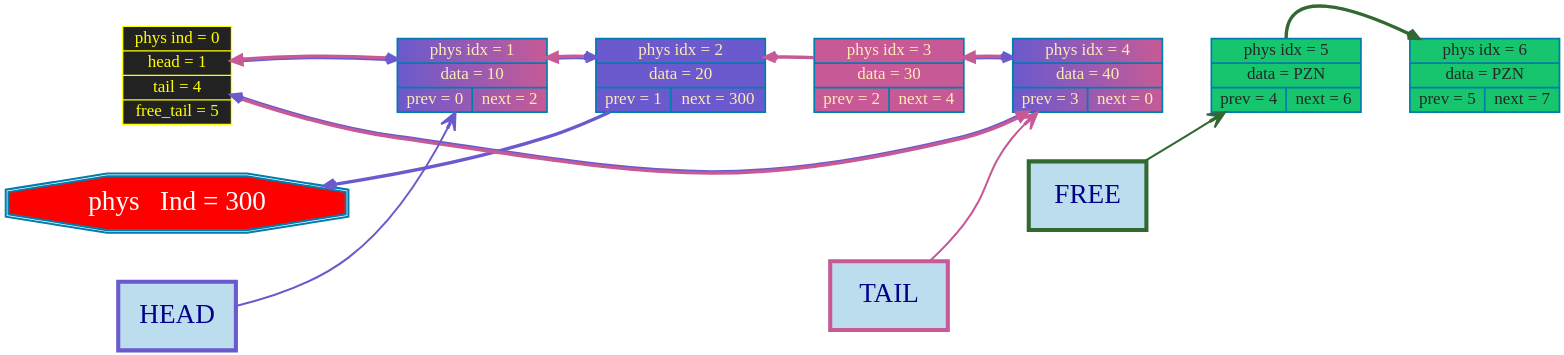
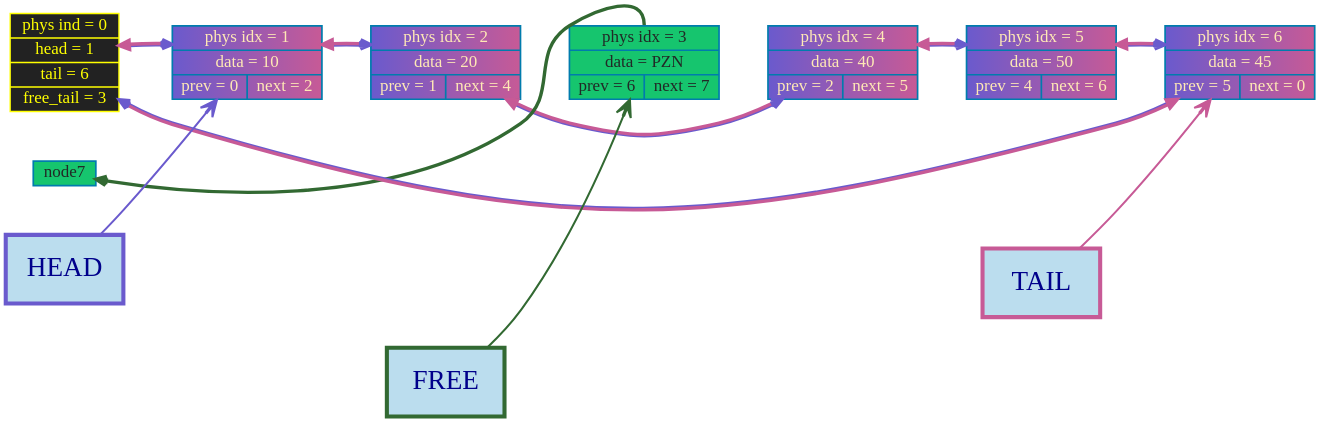
The diagram in graphDumps/graphDump.dot (timoko3/list), drawn with Graphviz before and after one commit. The commit also changed 11 other files, not shown here.

```diff
--- a/graphDumps/graphDump.dot
+++ b/graphDumps/graphDump.dot
@@ -1,44 +1,44 @@
 digraph G {
 rankdir=LR
 bgcolor="transparent"
 nodesep = 1;
 ranksep = 1
 	node [shape=record, style="filled", fillcolor="#FFA089", fontcolor="black", color="#007CAD", penwidth=2.5, fontname="Tahoma", fontsize=25];
 
 edge [color="#2d714f", arrowsize=1, penwidth=5, arrowhead="vee", style="bold"];
-node0 [label="phys ind = 0 | head = 1 | tail = 4 | free_tail = 5", shape=record, style="filled", fillcolor="#222222", fontcolor="yellow", color="yellow", penwidth=2];
+node0 [label="phys ind = 0 | head = 1 | tail = 6 | free_tail = 3", shape=record, style="filled", fillcolor="#222222", fontcolor="yellow", color="yellow", penwidth=2];
 	node1 [label="phys idx = 1 | data = 10 | {prev = 0 | next = 2} "];
-	node2 [label="phys idx = 2 | data = 20 | {prev = 1 | next = 300} "];
-	node3 [label="phys idx = 3 | data = 30 | {prev = 2 | next = 4} "];
-	node4 [label="phys idx = 4 | data = 40 | {prev = 3 | next = 0} "];
-	node5 [label="phys idx = 5 | data = PZN | {prev = 4 | next = 6} "];
-	node6 [label="phys idx = 6 | data = PZN | {prev = 5 | next = 7} "];
+	node2 [label="phys idx = 2 | data = 20 | {prev = 1 | next = 4} "];
+	node3 [label="phys idx = 3 | data = PZN | {prev = 6 | next = 7} "];
+	node4 [label="phys idx = 4 | data = 40 | {prev = 2 | next = 5} "];
+	node5 [label="phys idx = 5 | data = 50 | {prev = 4 | next = 6} "];
+	node6 [label="phys idx = 6 | data = 45 | {prev = 5 | next = 0} "];
 
 head_label      [shape=box, width = 2.4, height = 1.4, label="HEAD", style="filled", fillcolor="#BBDDEE", color="#6A5ACD", penwidth = 6,  fontcolor="darkblue", fontsize = 40];
 tail_label      [shape=box, width = 2.4, height = 1.4, label="TAIL", style="filled", fillcolor="#BBDDEE", color="#c75a96ff", penwidth = 6,  fontcolor="darkblue", fontsize = 40];
 free_head_label [shape=box, width = 2.4, height = 1.4, label="FREE", style="filled", fillcolor="#BBDDEE", color="#326932", penwidth = 6,  fontcolor="darkblue", fontsize = 40];
 head_label      -> node1 [color="#6A5ACD"  , arrowsize=2.5, penwidth=3];
-tail_label      -> node4 [color="#c75a96ff"  , arrowsize=2.5, penwidth=3];
-free_head_label -> node5 [color="#326932"  , arrowsize=2.5, penwidth=3];
+tail_label      -> node6 [color="#c75a96ff"  , arrowsize=2.5, penwidth=3];
+free_head_label -> node3 [color="#326932"  , arrowsize=2.5, penwidth=3];
 node0 -> node1[style=invis, weight = 100000];
 	node1 -> node2 -> node3 -> node4 -> node5 -> node6[style=invis, weight=1000000];
 	node0 -> node1[color="#6A5ACD:#c75a96ff", arrowsize=1.5, penwidth=5, weight=1000, constraint=false, dir = both];
 node1 [fillcolor = "#6A5ACD:#c75a96ff", fontcolor = "#ffe9b5ff"]
 node2 [fillcolor = "#6A5ACD:#c75a96ff", fontcolor = "#ffe9b5ff"]
 node1 -> node2[color="#6A5ACD:#c75a96ff", arrowsize=1.5, penwidth=5, weight=1000, constraint=false, dir = both];
-node2 [fillcolor = "#6A5ACD", fontcolor = "#ffe9b5ff"]
-node2 -> node300[color="#6A5ACD", arrowsize=1.5, penwidth=5, weight=1000, constraint=false];
-node3 [fillcolor = "#6A5ACD:#c75a96ff", fontcolor = "#ffe9b5ff"]
+node2 [fillcolor = "#6A5ACD:#c75a96ff", fontcolor = "#ffe9b5ff"]
 node4 [fillcolor = "#6A5ACD:#c75a96ff", fontcolor = "#ffe9b5ff"]
-node3 [fillcolor = "#c75a96ff", fontcolor = "#ffe9b5ff"]
-node3 -> node4[color="#6A5ACD:#c75a96ff", arrowsize=1.5, penwidth=5, weight=1000, constraint=false, dir = both];
-node3 -> node2[color="#c75a96ff", arrowsize=1.5, penwidth=5, weight=1000, constraint=false];
+node2 -> node4[color="#6A5ACD:#c75a96ff", arrowsize=1.5, penwidth=5, weight=1000, constraint=false, dir = both];
+node3 [fillcolor = "#16c56eff", fontcolor = "#222926ff"]
+node7 [fillcolor = "#16c56eff", fontcolor = "#222926ff"]
+node3 -> node7[color="#326932", arrowsize=1.5, penwidth=5, weight=1000, constraint=false, tailport = n];
 node4 [fillcolor = "#6A5ACD:#c75a96ff", fontcolor = "#ffe9b5ff"]
-node4 -> node0[color="#6A5ACD:#c75a96ff", arrowsize=1.5, penwidth=5, weight=1000, constraint=false, dir = both];
-node5 [fillcolor = "#16c56eff", fontcolor = "#222926ff"]
-node6 [fillcolor = "#16c56eff", fontcolor = "#222926ff"]
-node5 -> node6[color="#326932", arrowsize=1.5, penwidth=5, weight=1000, constraint=false, tailport = n];
-node6 [fillcolor = "#16c56eff", fontcolor = "#222926ff"]
-	node300 [label="phys   Ind = 300",shape=doubleoctagon, fillcolor = "red", fontcolor="white", color="#007CAD", penwidth=3, fontname="Tahoma Bold", fontsize=40];
+node5 [fillcolor = "#6A5ACD:#c75a96ff", fontcolor = "#ffe9b5ff"]
+node4 -> node5[color="#6A5ACD:#c75a96ff", arrowsize=1.5, penwidth=5, weight=1000, constraint=false, dir = both];
+node5 [fillcolor = "#6A5ACD:#c75a96ff", fontcolor = "#ffe9b5ff"]
+node6 [fillcolor = "#6A5ACD:#c75a96ff", fontcolor = "#ffe9b5ff"]
+node5 -> node6[color="#6A5ACD:#c75a96ff", arrowsize=1.5, penwidth=5, weight=1000, constraint=false, dir = both];
+node6 [fillcolor = "#6A5ACD:#c75a96ff", fontcolor = "#ffe9b5ff"]
+node6 -> node0[color="#6A5ACD:#c75a96ff", arrowsize=1.5, penwidth=5, weight=1000, constraint=false, dir = both];
 
 }
```
